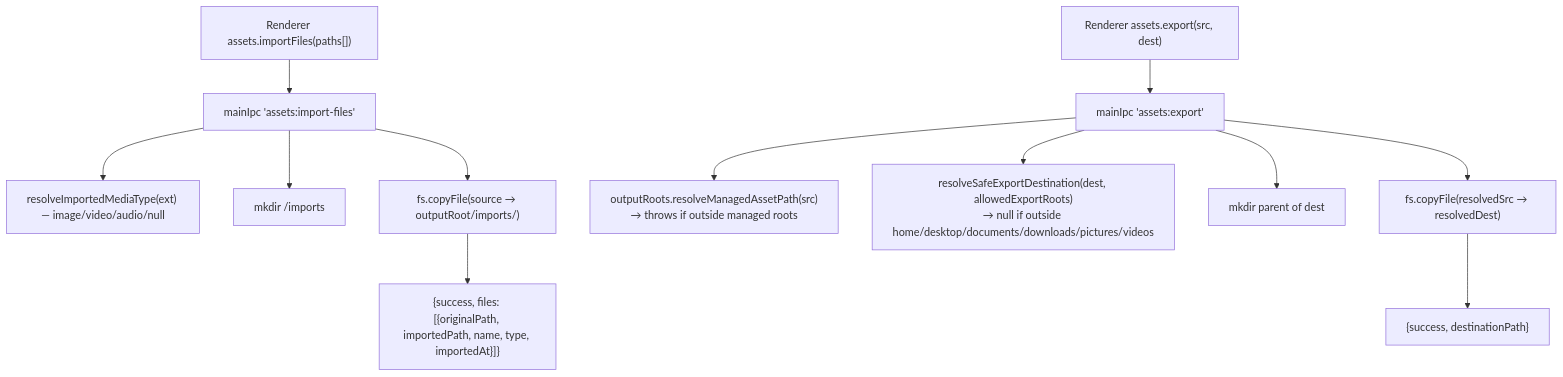
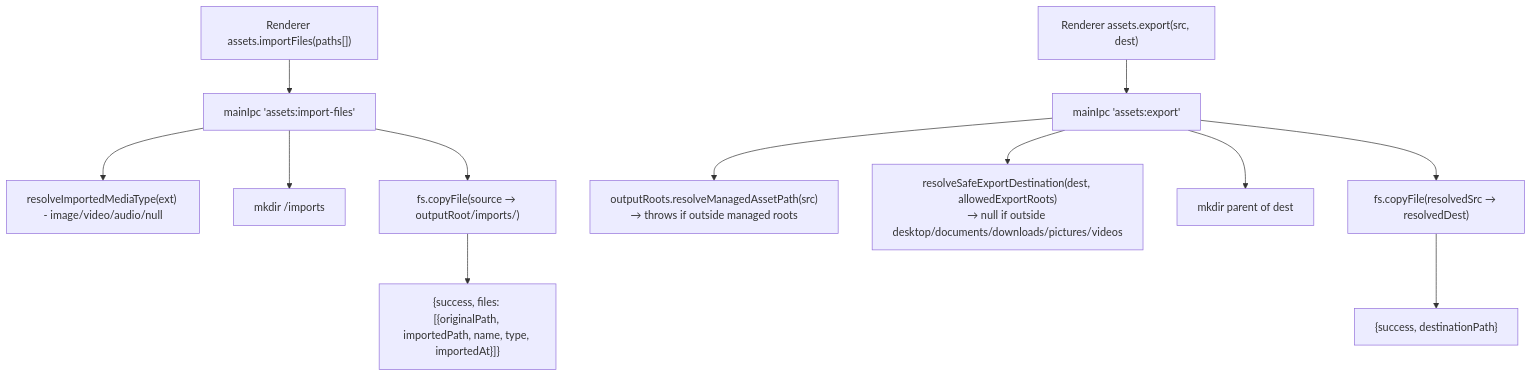
The eighth of 9 diagrams in docs/ARCHITECTURE.md (Git-Rocky-Stack/vision-studio), drawn with Mermaid before and after one commit. The commit also changed other lines of this file and 9 other files, not shown here.

````diff
--- a/docs/ARCHITECTURE.md
+++ b/docs/ARCHITECTURE.md
@@ -567,15 +592,15 @@
 ```mermaid
 flowchart TD
     UImp["Renderer assets.importFiles(paths[])"] --> EImp["mainIpc 'assets:import-files'"]
-    EImp --> Type["resolveImportedMediaType(ext) — image/video/audio/null"]
+    EImp --> Type["resolveImportedMediaType(ext) - image/video/audio/null"]
     EImp --> Mkdir["mkdir <outputRoot>/imports"]
     EImp --> Cp["fs.copyFile(source → outputRoot/imports/<safeName>)"]
     Cp --> Result["{success, files: [{originalPath, importedPath, name, type, importedAt}]}"]
 
     UExp["Renderer assets.export(src, dest)"] --> EExp["mainIpc 'assets:export'"]
     EExp --> RM["outputRoots.resolveManagedAssetPath(src)<br/>→ throws if outside managed roots"]
-    EExp --> RD["resolveSafeExportDestination(dest, allowedExportRoots)<br/>→ null if outside home/desktop/documents/downloads/pictures/videos"]
+    EExp --> RD["resolveSafeExportDestination(dest, allowedExportRoots)<br/>→ null if outside desktop/documents/downloads/pictures/videos"]
     EExp --> Mkdir2["mkdir parent of dest"]
     EExp --> CpE["fs.copyFile(resolvedSrc → resolvedDest)"]
     CpE --> ResE["{success, destinationPath}"]
 ```
````
